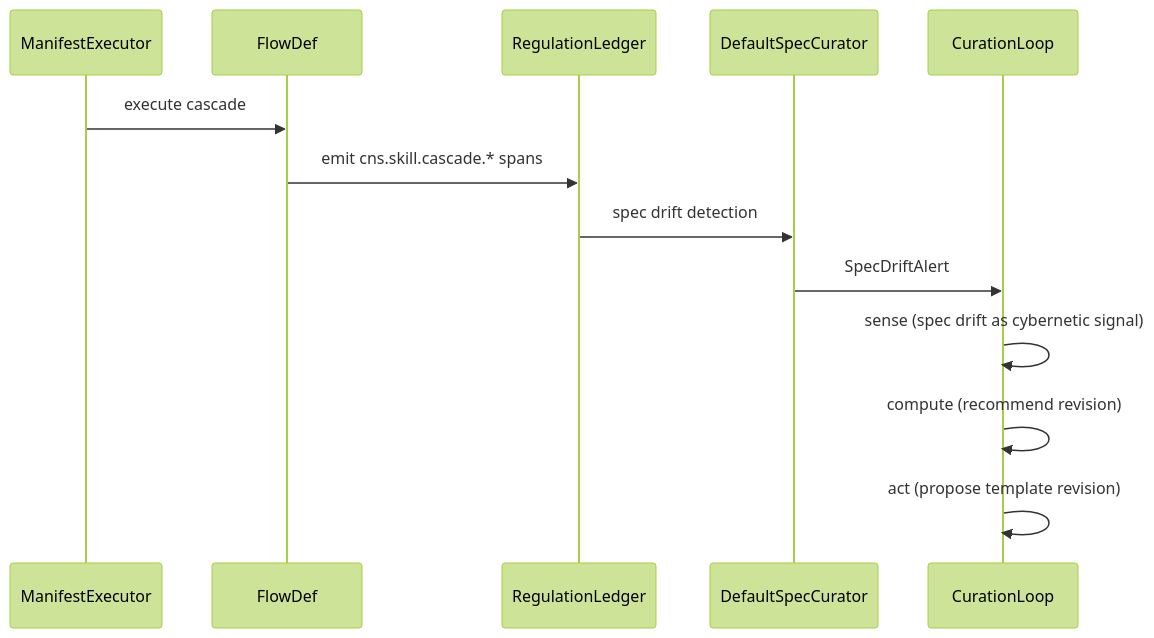
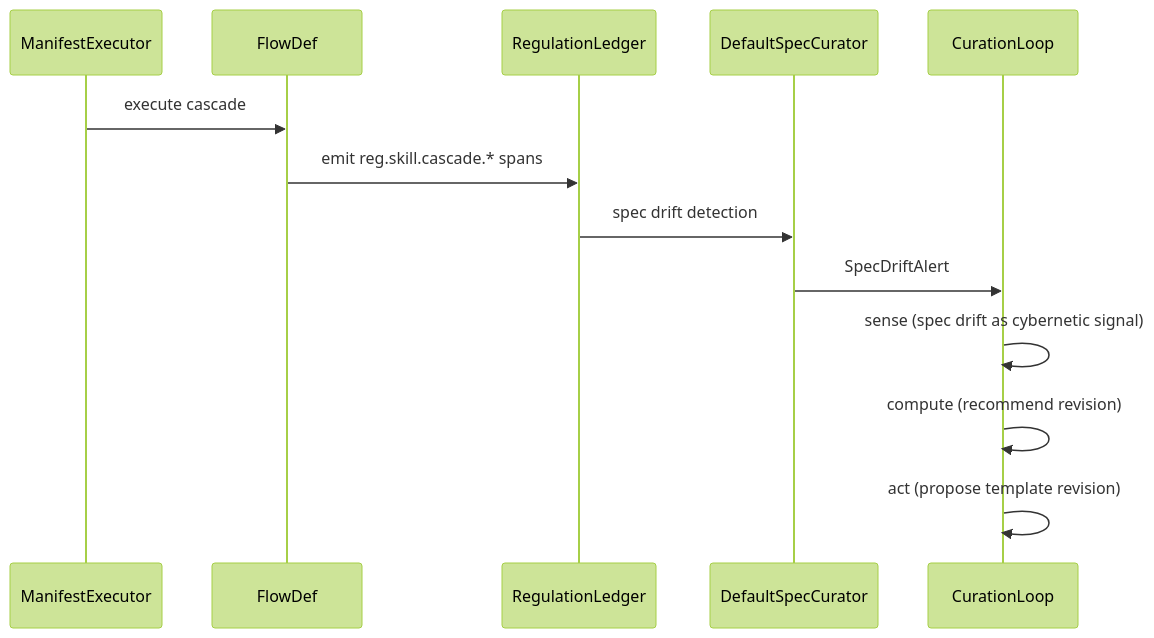
Before and after one commit to mdz-axo/hKask: the fifth of 6 diagrams in docs/architecture/core/toyota-kata-cybernetic-mapping.md, drawn with Mermaid (forest theme). The commit also changed other lines of this file and 68 other files, not shown here.

````diff
--- a/docs/architecture/core/toyota-kata-cybernetic-mapping.md
+++ b/docs/architecture/core/toyota-kata-cybernetic-mapping.md
@@ -368,16 +368,16 @@
 ```mermaid
 sequenceDiagram
     participant ME as ManifestExecutor
     participant FD as FlowDef
     participant CR as RegulationLedger
     participant DSC as DefaultSpecCurator
     participant CUL as CurationLoop
 
     ME->>FD: execute cascade
-    FD->>CR: emit cns.skill.cascade.* spans
+    FD->>CR: emit reg.skill.cascade.* spans
     CR->>DSC: spec drift detection
     DSC->>CUL: SpecDriftAlert
     CUL->>CUL: sense (spec drift as cybernetic signal)
     CUL->>CUL: compute (recommend revision)
     CUL->>CUL: act (propose template revision)
 ```
````
